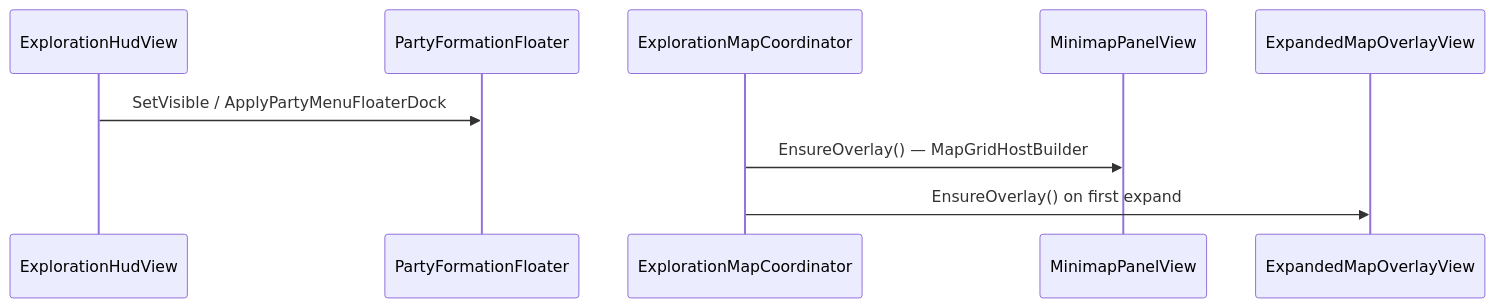
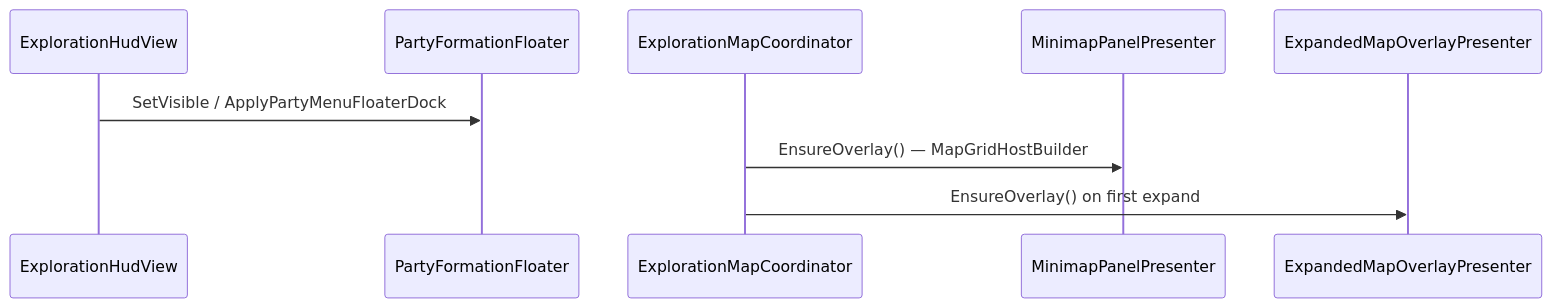
The second of 5 diagrams in docs/02-systems/exploration-ui.md (miramocha/griddungeon-design-docs), drawn with Mermaid before and after one commit. The commit also changed other lines of this file and 14 other files, not shown here.

````diff
--- a/docs/02-systems/exploration-ui.md
+++ b/docs/02-systems/exploration-ui.md
@@ -122,11 +122,11 @@
 ```mermaid
 sequenceDiagram
     participant EHV as ExplorationHudView
     participant PFF as PartyFormationFloater
     participant EMC as ExplorationMapCoordinator
-    participant MM as MinimapPanelView
-    participant EXP as ExpandedMapOverlayView
+    participant MM as MinimapPanelPresenter
+    participant EXP as ExpandedMapOverlayPresenter
     EHV->>PFF: SetVisible / ApplyPartyMenuFloaterDock
     EMC->>MM: EnsureOverlay() — MapGridHostBuilder
     EMC->>EXP: EnsureOverlay() on first expand
 ```
````
